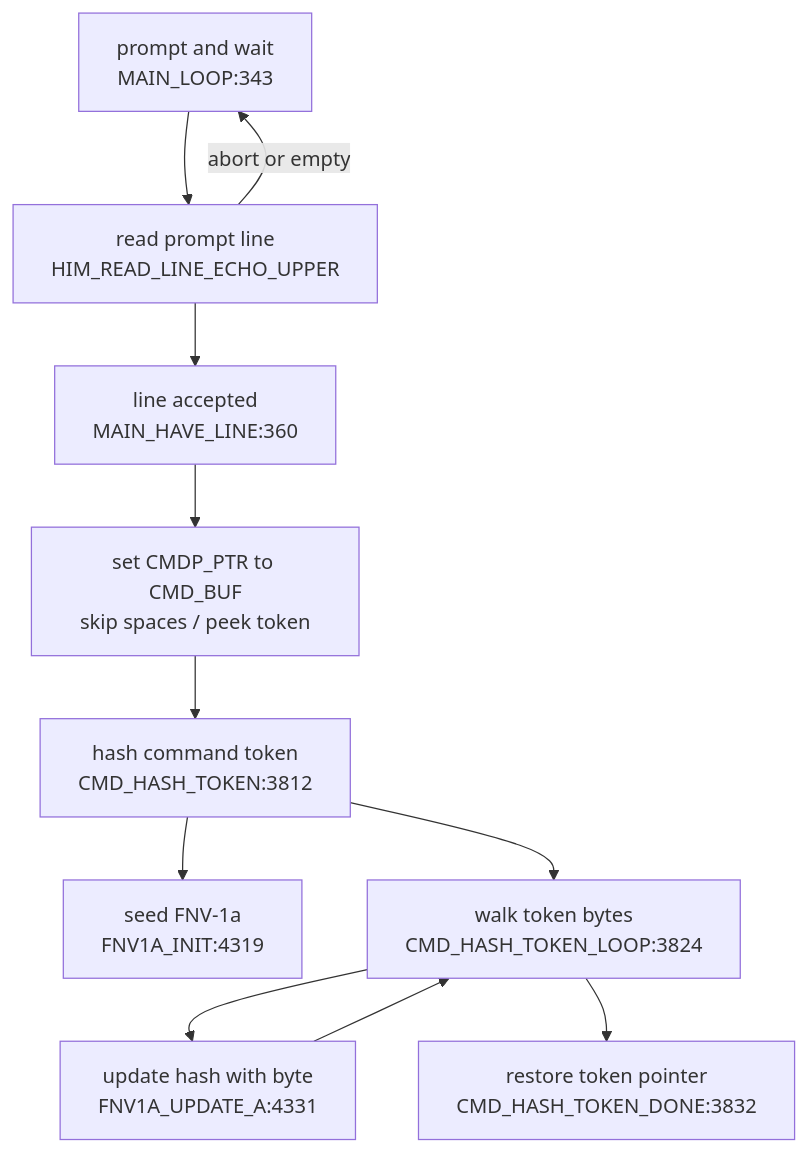
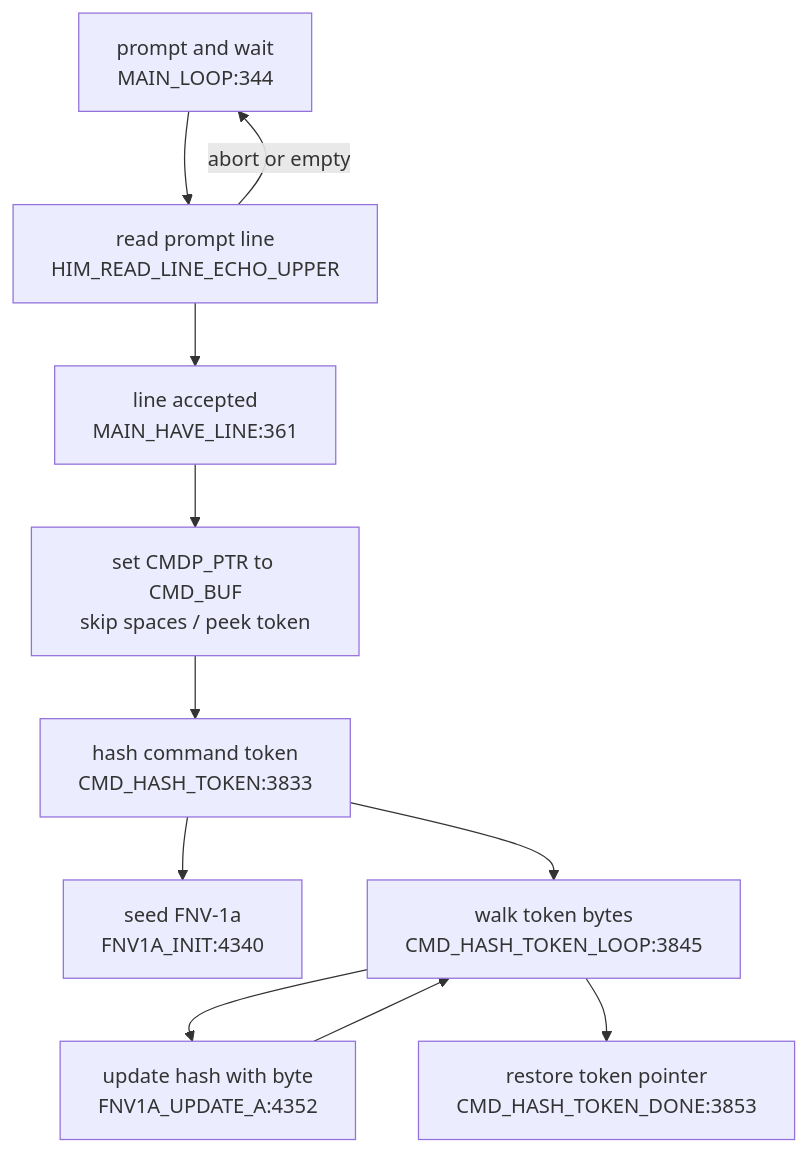
The second of 4 diagrams in DOC/GENERATED/CMD_FLOW_MAP.md (95westus/R-YORS), drawn with Mermaid before and after one commit. The commit also changed other lines of this file and 42 other files, not shown here.

````diff
--- a/DOC/GENERATED/CMD_FLOW_MAP.md
+++ b/DOC/GENERATED/CMD_FLOW_MAP.md
@@ -24,13 +24,13 @@
 ```mermaid
 flowchart TD
-    LOOP["prompt and wait<br/>MAIN_LOOP:343"] --> READ["read prompt line<br/>HIM_READ_LINE_ECHO_UPPER"]
-    READ --> HAVE["line accepted<br/>MAIN_HAVE_LINE:360"]
+    LOOP["prompt and wait<br/>MAIN_LOOP:344"] --> READ["read prompt line<br/>HIM_READ_LINE_ECHO_UPPER"]
+    READ --> HAVE["line accepted<br/>MAIN_HAVE_LINE:361"]
     READ -->|abort or empty| LOOP
     HAVE --> PREP["set CMDP_PTR to CMD_BUF<br/>skip spaces / peek token"]
-    PREP --> HASH["hash command token<br/>CMD_HASH_TOKEN:3812"]
-    HASH --> FNVINIT["seed FNV-1a<br/>FNV1A_INIT:4319"]
-    HASH --> HASHLOOP["walk token bytes<br/>CMD_HASH_TOKEN_LOOP:3824"]
-    HASHLOOP --> UPDATE["update hash with byte<br/>FNV1A_UPDATE_A:4331"]
+    PREP --> HASH["hash command token<br/>CMD_HASH_TOKEN:3833"]
+    HASH --> FNVINIT["seed FNV-1a<br/>FNV1A_INIT:4340"]
+    HASH --> HASHLOOP["walk token bytes<br/>CMD_HASH_TOKEN_LOOP:3845"]
+    HASHLOOP --> UPDATE["update hash with byte<br/>FNV1A_UPDATE_A:4352"]
     UPDATE --> HASHLOOP
-    HASHLOOP --> DONE["restore token pointer<br/>CMD_HASH_TOKEN_DONE:3832"]
+    HASHLOOP --> DONE["restore token pointer<br/>CMD_HASH_TOKEN_DONE:3853"]
 ```
````
